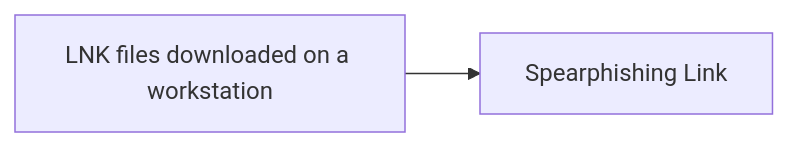
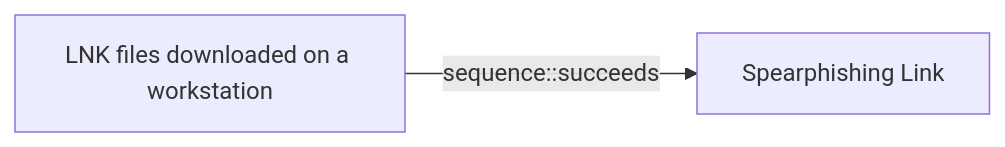
The diagram in docs/threats/lnk-files-downloaded-on-a-workstation.md (opentidehq/library), drawn with Mermaid before and after one commit. The commit also changed other lines of this file and 277 other files, not shown here.

````diff
--- a/docs/threats/lnk-files-downloaded-on-a-workstation.md
+++ b/docs/threats/lnk-files-downloaded-on-a-workstation.md
@@ -42,6 +82,6 @@
 ```mermaid
 flowchart LR
 3088db32_843b_439f_9374_f8c04a82b2ec["LNK files downloaded on a workstation"]
 1a68b5eb_0112_424d_a21f_88dda0b6b8df["Spearphishing Link"]
-3088db32_843b_439f_9374_f8c04a82b2ec --> 1a68b5eb_0112_424d_a21f_88dda0b6b8df
+3088db32_843b_439f_9374_f8c04a82b2ec -->|sequence::succeeds| 1a68b5eb_0112_424d_a21f_88dda0b6b8df
 ```
````
